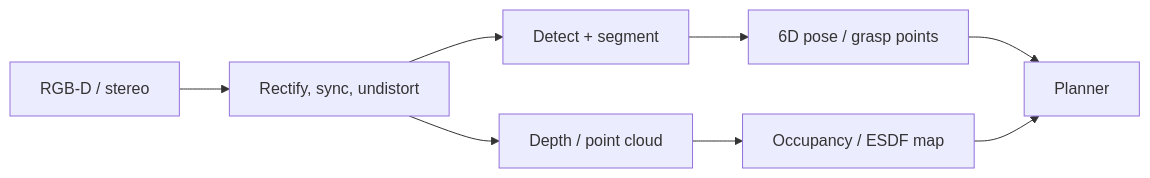
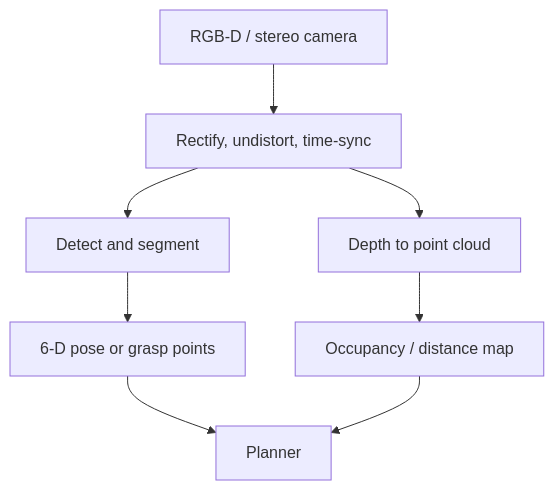
Before and after one commit to yeshwanthguru/Robotics_bible: the diagram in docs/09-perception-localization/computer-vision-3d.md, drawn with Mermaid. The commit also changed other lines of this file and 120 other files, not shown here.

First line of the commit message:
Rewrite all chapters plain-English first, add 60+ diagrams

````diff
--- a/docs/09-perception-localization/computer-vision-3d.md
+++ b/docs/09-perception-localization/computer-vision-3d.md
@@ -26,10 +28,10 @@
 ```mermaid
-flowchart LR
-  CAM[RGB-D / stereo] --> PRE[Rectify, sync, undistort]
-  PRE --> DET[Detect + segment]
-  DET --> POSE[6D pose / grasp points]
-  PRE --> DEPTH[Depth / point cloud]
-  DEPTH --> OCC[Occupancy / ESDF map]
+flowchart TD
+  CAM[RGB-D / stereo camera] --> PRE[Rectify, undistort, time-sync]
+  PRE --> DET[Detect and segment]
+  DET --> POSE[6-D pose or grasp points]
+  PRE --> DEPTH[Depth to point cloud]
+  DEPTH --> OCC[Occupancy / distance map]
   POSE --> PLAN[Planner]
   OCC --> PLAN
 ```
````
